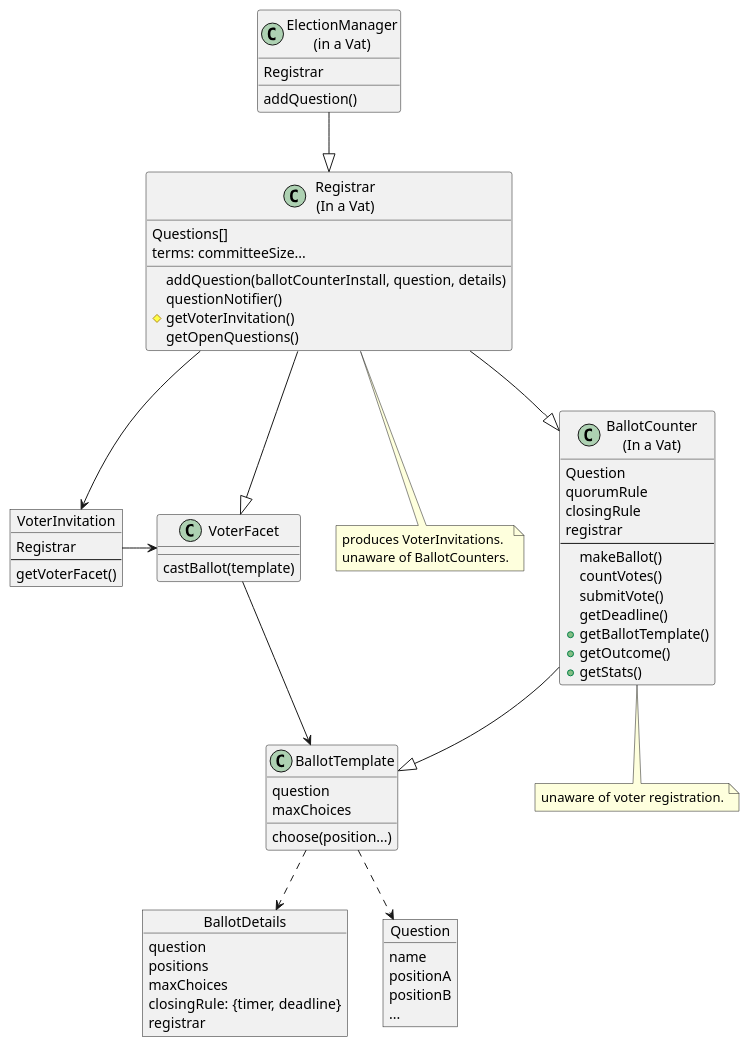
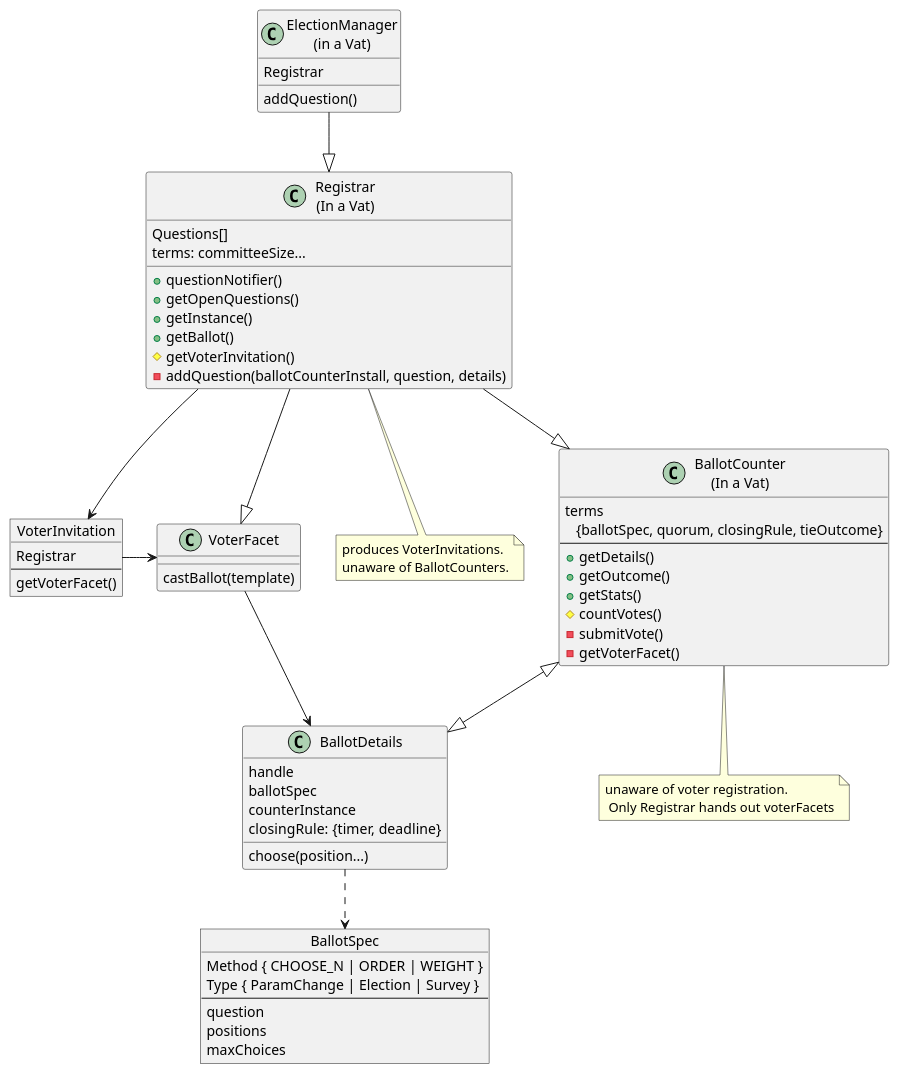
Before and after one commit to Agoric/agoric-sdk: the diagram in packages/governance/docs/invitations.puml, drawn with PlantUML. The commit also changed 3 other files, not shown here.

First line of the commit message:
docs: add a diagram for contract governance

```diff
--- a/packages/governance/docs/invitations.puml
+++ b/packages/governance/docs/invitations.puml
@@ -1,83 +1,75 @@
 @startuml governance invitation linkages
 
 class "Registrar\n(In a Vat)" as Registrar {
     Questions[]
     terms: committeeSize...
-    addQuestion(ballotCounterInstall, question, details)
-    questionNotifier()
+    +questionNotifier()
+    +getOpenQuestions()
+    +getInstance()
+    +getBallot()
     #getVoterInvitation()
-    getOpenQuestions()
+    -addQuestion(ballotCounterInstall, question, details)
 }
 
 note "produces VoterInvitations.\nunaware of BallotCounters." as N1
 Registrar .. N1
 
-object BallotDetails {
-    question
-    positions
-    maxChoices
-    closingRule: {timer, deadline}
-    registrar
+class "BallotCounter\n(In a Vat)" as BallotCounter {
+    terms\n   {ballotSpec, quorum, closingRule, tieOutcome}
+    --
+    +getDetails()
+    +getOutcome()
+    +getStats()
+    #countVotes()
+    -submitVote()
+    -getVoterFacet()
 }
 
-class "BallotCounter\n(In a Vat)" as BallotCounter {
-    Question
-    quorumRule
-    closingRule
-    registrar
-    --
-    makeBallot()
-    countVotes()
-    submitVote()
-    getDeadline()
-    +getBallotTemplate()
-    +getOutcome()
-    +getStats()
-}
-
-note "unaware of voter registration." as N2
+note "unaware of voter registration.\n Only Registrar hands out voterFacets" as N2
 BallotCounter .. N2
 
-class BallotTemplate {
-    question
-    maxChoices
+class BallotDetails {
+    handle
+    ballotSpec
+    counterInstance
+    closingRule: {timer, deadline}
 
     choose(position...)
 }
 
-BallotTemplate ..> BallotDetails
+object BallotSpec {
+    Method { CHOOSE_N | ORDER | WEIGHT }
+    Type { ParamChange | Election | Survey }
+    --
+    question
+    positions
+    maxChoices
+}
 
-object Question {
-    name
-    positionA
-    positionB
-    ...
-}
+BallotDetails ..> BallotSpec
 
 class "ElectionManager\n(in a Vat)" as ElectionManager {
     Registrar
     addQuestion()
 }
 
 class VoterFacet {
     castBallot(template)
 }
 
 object VoterInvitation {
     Registrar
     --
     getVoterFacet()
 }
 
 ElectionManager --|> Registrar
 
 Registrar --> VoterInvitation
 Registrar --|> BallotCounter
 Registrar --|> VoterFacet
 VoterInvitation -> VoterFacet
-VoterFacet -> BallotTemplate
-BallotCounter --|> BallotTemplate
-
-BallotTemplate ..> Question
+VoterFacet -> BallotDetails
+BallotCounter <|--|> BallotDetails
 
 @enduml
```
